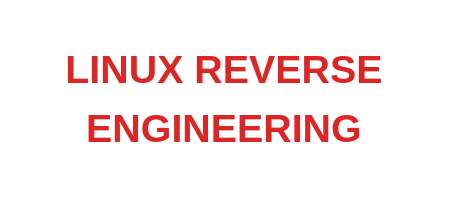
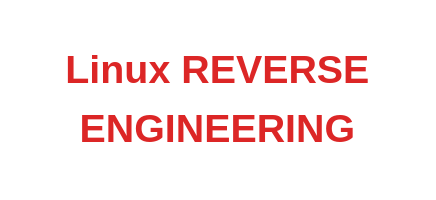
One commit to ReverseEngineeringAcademy/ReverseEngineeringAcademy.github.io changed the second of 3 diagrams in README.md. Above: the diagram before and after it, drawn with Mermaid (base theme). The commit also changed other lines of this file, not shown here.

````diff
--- a/README.md
+++ b/README.md
@@ -11,5 +11,5 @@
 ```mermaid
 flowchart LR
-    T["LINUX REVERSE<br/>ENGINEERING"]
+    T["Linux REVERSE<br/>ENGINEERING"]
     style T fill:transparent,stroke:transparent,color:#DC2626,font-size:24px,font-weight:bold
 ```
````
